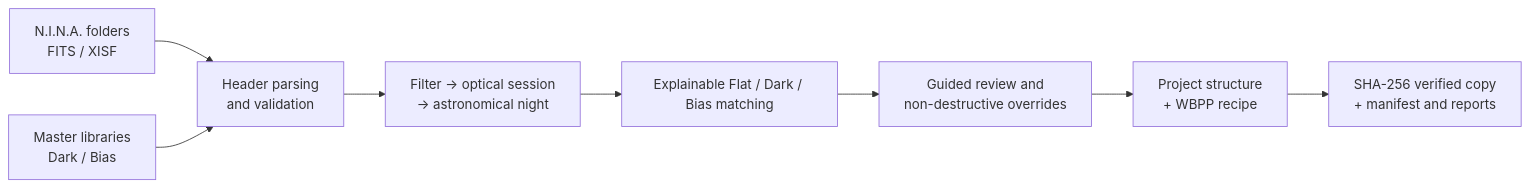
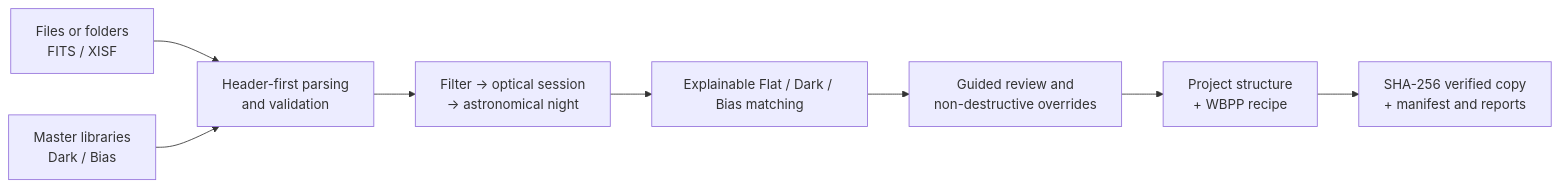
The diagram in README.md (astropuzzo/astroproject-forge), drawn with Mermaid before and after one commit. The commit also changed other lines of this file and 7 other files, not shown here.

Commit message:
feat(import): support generic header-first sources

````diff
--- a/README.md
+++ b/README.md
@@ -36,10 +36,10 @@
 ```mermaid
 flowchart LR
-    A["N.I.N.A. folders<br/>FITS / XISF"] --> B["Header parsing<br/>and validation"]
+    A["Files or folders<br/>FITS / XISF"] --> B["Header-first parsing<br/>and validation"]
     L["Master libraries<br/>Dark / Bias"] --> B
     B --> C["Filter → optical session<br/>→ astronomical night"]
     C --> D["Explainable Flat / Dark / Bias matching"]
     D --> E["Guided review and<br/>non-destructive overrides"]
     E --> F["Project structure<br/>+ WBPP recipe"]
     F --> G["SHA-256 verified copy<br/>+ manifest and reports"]
 ```
````
